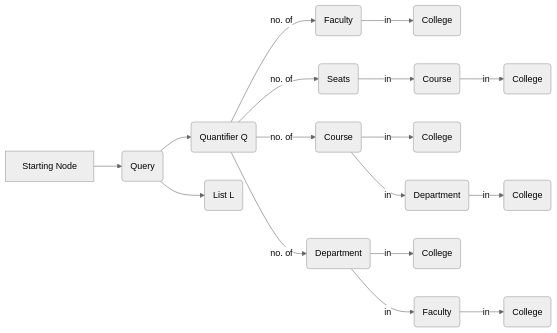
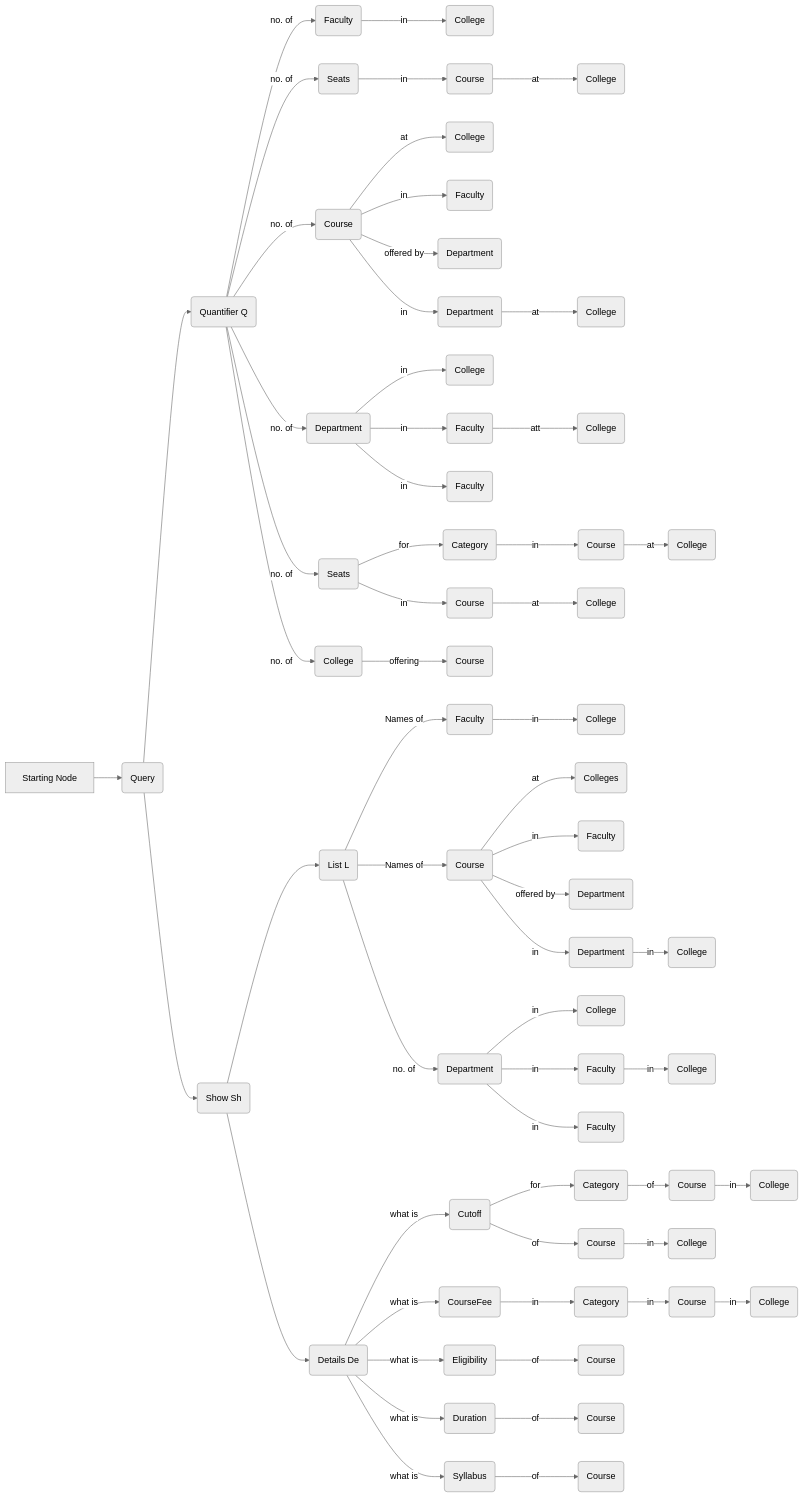
The diagram in query_coverage_graph_mermaidjs.md (harshitadharamansharma/new), drawn with Mermaid (neutral theme) before and after one commit. The commit also changed 3 other files, not shown here.

````diff
--- a/query_coverage_graph_mermaidjs.md
+++ b/query_coverage_graph_mermaidjs.md
@@ -2,26 +2,114 @@
 graph LR
     SN[Starting Node] --> Query(Query)
     Query --> Q1(Quantifier Q)
-    Query --> L1(List L)
+    %%Query --> L1(List L)
+    %%Query --> O1(Other Queries O)
+    Query --> Sh1(Show Sh)
 
     Q1 --> |no. of| F1(Faculty)
     F1 --> |in| COL1(College)
 
     Q1 --> |no. of| S1(Seats)
     S1 --> |in| C1(Course)
-    C1 --> |in| COL5(College)
-
+    C1 --> |at| COL5(College)
+ 
     Q1 --> |no. of| C2(Course)
-    C2 --> |in| COL2(College)
-
+    C2 --> |at| COL2(College)
+ 
+    C2 --> |in| F3(Faculty)
+   
+    C2 --> |offered by| D3(Department)
+ 
     C2 --> |in| D1(Department)
-    D1 --> |in| COL3(College)
-
+    D1 --> |at| COL3(College)
+ 
     Q1 --> |no. of| D2(Department)
     D2 --> |in| COL6(College)
+ 
+    D2 --> |in| F2(Faculty)
+    F2 --> |att| COL7(College)
+ 
+    D2 --> |in| F5(Faculty)
+ 
+    Q1   --> |no. of| S2(Seats)
+    S2   --> |for| CAT1(Category)
+    CAT1 --> |in| C4(Course)
+    C4   --> |at| COL8(College)
+ 
+    S2   --> |in| C11(Course)
+    C11  --> |at| COL14(College)
+ 
+    De1   --> |what is| CUT1(Cutoff)
+    CUT1 --> |for| CAT2(Category)
+    CAT2 --> |of| C6(Course)
+    C6   --> |in| COL10(College)
+ 
+    CUT1 --> |of| C12(Course)
+    C12  --> |in| COL15(College)
+ 
+    %%    |what is| cutoff --> category --> course --> college
+    %%    |what is| coursefee --> category --> course --> college  
+ 
+    De1   --> |what is| CFE1(CourseFee)
+    CFE1 --> |in| CAT3(Category)
+    CAT3 --> |in| C7(Course)
+    C7   --> |in| COL11(College)
+ 
+    %%Q1 --> |no. of| COL12(College)
+    %%COL12 --> |in| D4(Department)
+ 
+    %%COL12 --> |in| F4(Faculty)
 
-    D2 --> |in| F2(Faculty)
-    F2 --> |in| COL7(College)
+    Q1    --> |no. of| COL16(College)
+    COL16 --> |offering| C13(Course)
 
+    %% Q1 --> COL14(College)
+    %% Q1 --> F5(Faculty)
+    %% Q1 --> D5(Department)
+
+    Sh1 --> L1(List L)
+    Sh1 --> De1(Details De)
+
+    %%L1 --> |what is| E2(Eligibility)
+    %%E2 --> |of| C8(Course)
+ 
+    %%L1   --> |what is| DUR1(Duration)
+    %%DUR1 --> |of| C9(Course)
+ 
+    %%L1   --> |what is| SYL1(Syllabus)
+    %%SYL1 --> |of| C10(Course)
+
+    De1 --> |what is| E2(Eligibility)
+    E2  --> |of| C8(Course)
+
+    De1  --> |what is| DUR1(Duration)
+    DUR1 --> |of| C9(Course)
+
+    De1  --> |what is| SYL1(Syllabus)
     
+    SYL1 --> |of| C10(Course)
+
+    L1 --> |Names of| F6(Faculty)
+    F6 --> |in| COL17(College)
+
+    L1  --> |Names of| C14(Course)
+    C14 --> |at| COL18(Colleges)
+
+    C14 --> |in| F7(Faculty)
+
+    C14 --> |offered by| D6(Department)
+
+    C14 --> |in| D7(Department)
+    D7  --> |in| COL19(College)
+
+    L1 --> |no. of| D8(Department)
+    D8 --> |in| COL20(College)
+
+    D8 --> |in| F8(Faculty)
+    F8 --> |in| COL21(College)
+
+    D8 --> |in| F9(Faculty)
+
+    %%L1 --> |Names of| COL22(College)
+    %%COL22 --> |offering| C15(Course)
 ```
````
